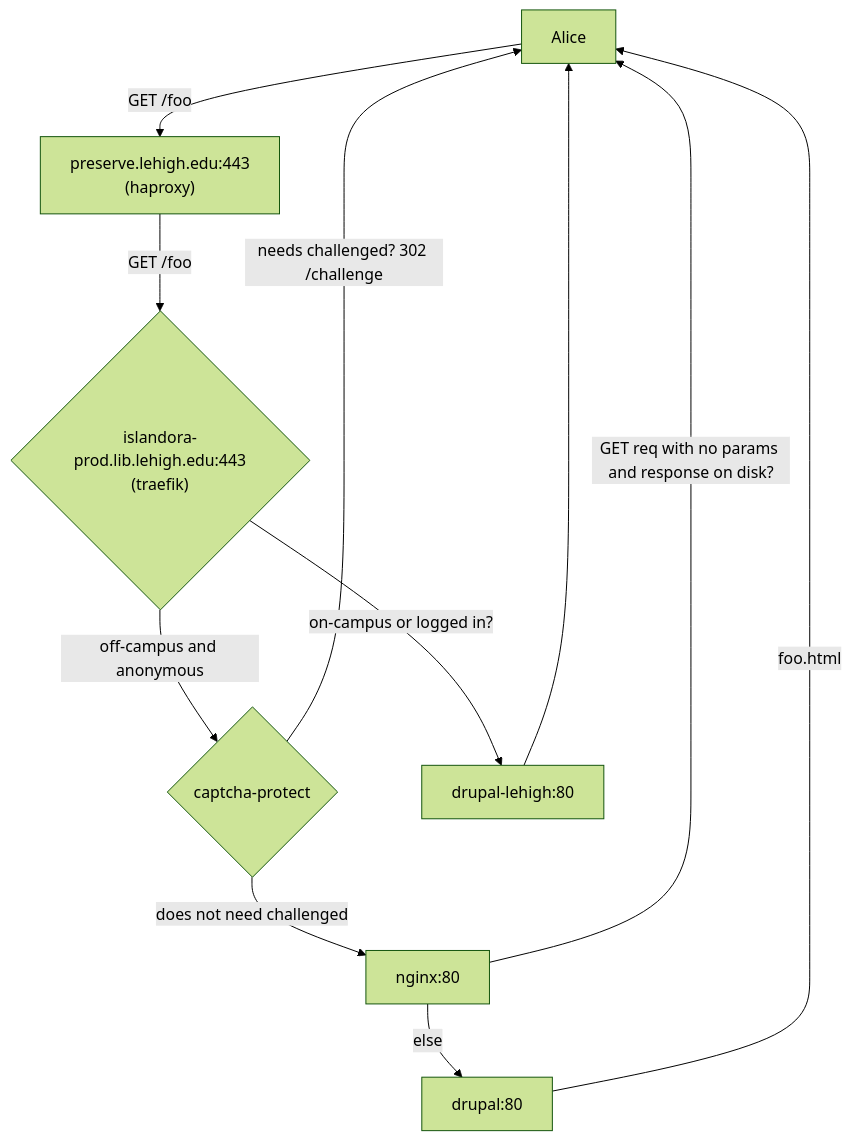
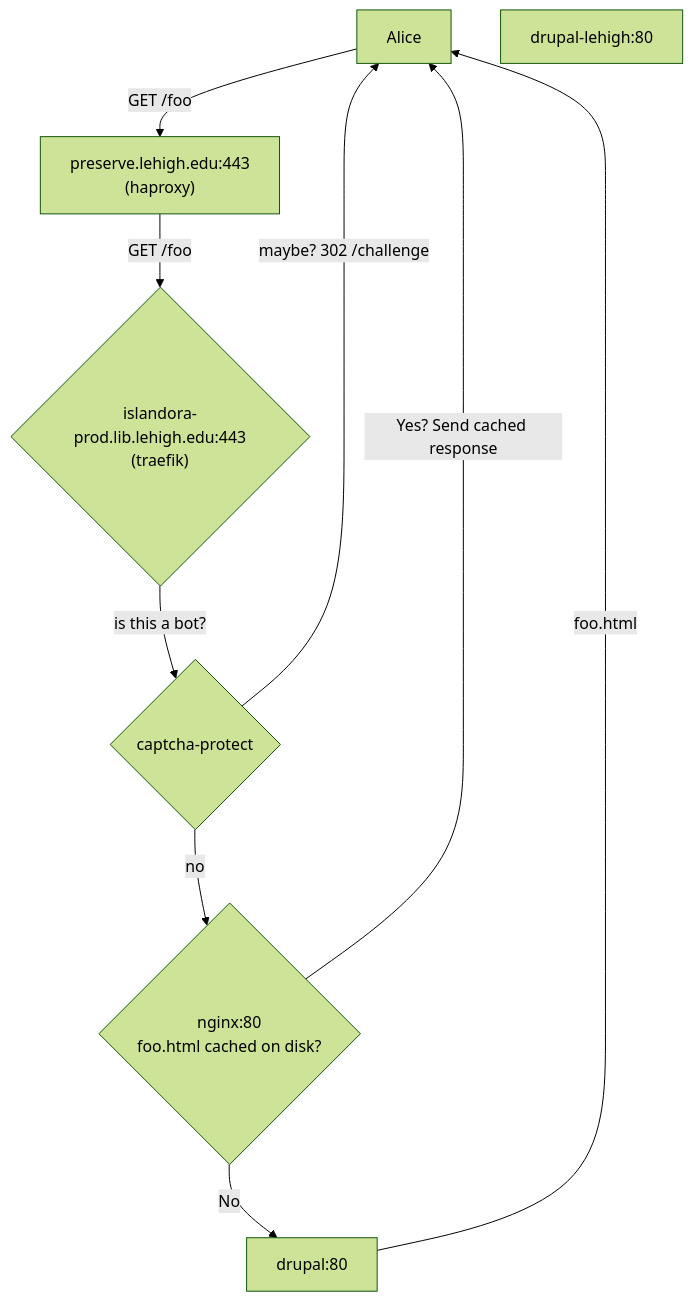
One commit to lehigh-university-libraries/isle-preserve changed the first of 2 diagrams in README.md. Above: the diagram before and after it, drawn with Mermaid (forest theme). The commit also changed 2 other files, not shown here.

Commit message:
Main menu home icon (#29)
* Allow captcha challenge to POST to static site

````diff
--- a/README.md
+++ b/README.md
@@ -34,20 +34,18 @@
 ```mermaid
 flowchart TD
     Alice[Alice]
     haproxy["preserve.lehigh.edu:443<br>(haproxy)"]
     islandora-traefik{"islandora-prod.lib.lehigh.edu:443<br>(traefik)"}
     captcha-protect{"captcha-protect"}
-    nginx["nginx:80"]
+    nginx{"nginx:80<br>foo.html cached on disk?"}
     drupal-lehigh["drupal-lehigh:80"]
     drupal["drupal:80"]
     Alice -- GET /foo --> haproxy
     haproxy -- GET /foo --> islandora-traefik
-    islandora-traefik -- off-campus and anonymous --> captcha-protect
-    islandora-traefik -- on-campus or logged in? --> drupal-lehigh
-    drupal-lehigh --> Alice
-    captcha-protect -- needs challenged? 302 /challenge --> Alice
-    captcha-protect -- does not need challenged --> nginx
-    nginx -- GET req with no params and response on disk? --> Alice
-    nginx -- else --> drupal
+    islandora-traefik -- is this a bot? --> captcha-protect
+    captcha-protect -- maybe? 302 /challenge --> Alice
+    captcha-protect -- no --> nginx
+    nginx -- Yes? Send cached response --> Alice
+    nginx -- No --> drupal
     drupal -- foo.html --> Alice
 ```
````
